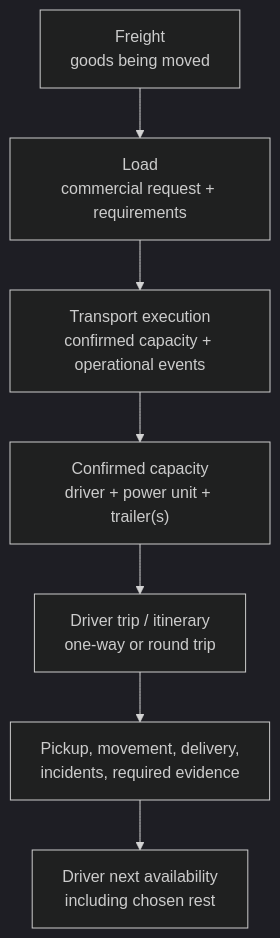
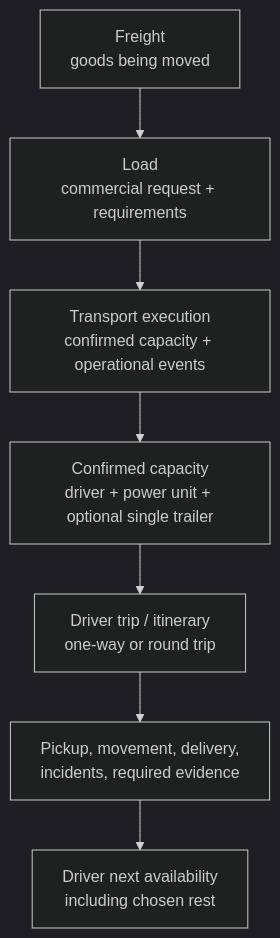
The second of 3 diagrams in docs/trucking/WORKFLOW.md (funnyMans/Node.js_Boilerplate), drawn with Mermaid (dark theme) before and after one commit. The commit also changed other lines of this file and 9 other files, not shown here.

````diff
--- a/docs/trucking/WORKFLOW.md
+++ b/docs/trucking/WORKFLOW.md
@@ -80,9 +192,9 @@
 ```mermaid
 flowchart TD
     Freight["Freight<br/>goods being moved"] --> Load["Load<br/>commercial request + requirements"]
     Load --> Execution["Transport execution<br/>confirmed capacity + operational events"]
-    Execution --> Assignment["Confirmed capacity<br/>driver + power unit + trailer(s)"]
+    Execution --> Assignment["Confirmed capacity<br/>driver + power unit + optional single trailer"]
     Assignment --> Trip["Driver trip / itinerary<br/>one-way or round trip"]
     Trip --> Events["Pickup, movement, delivery,<br/>incidents, required evidence"]
     Events --> Availability["Driver next availability<br/>including chosen rest"]
 ```
````
